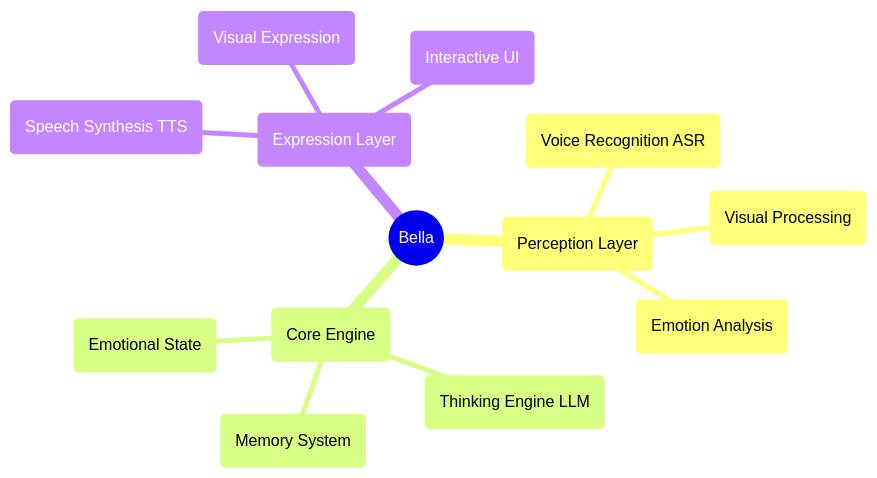
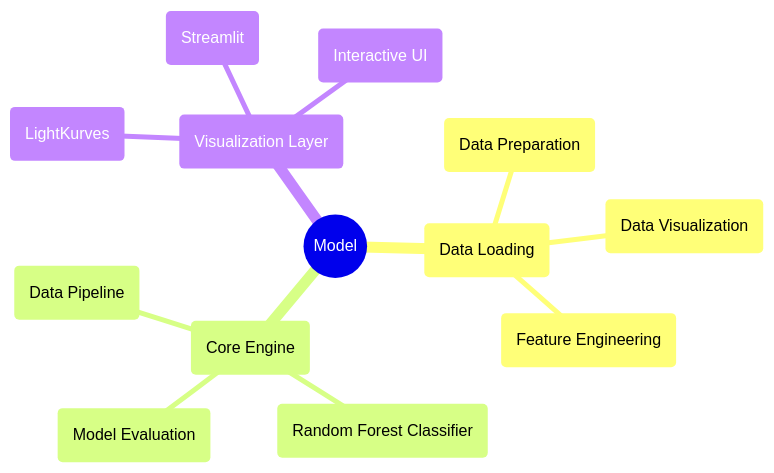
The diagram in README.md (Rayz4010/exoplanet-prediction), drawn with Mermaid before and after one commit.

````diff
--- a/README.md
+++ b/README.md
@@ -91,16 +91,16 @@
 ```mermaid
 mindmap
-  root((Bella))
-    (Perception Layer)
-      (Voice Recognition ASR)
-      (Visual Processing)
-      (Emotion Analysis)
+  root((Model))
+    (Data Loading)
+      (Data Preparation)
+      (Data Visualization)
+      (Feature Engineering)
     (Core Engine)
-      (Thinking Engine LLM)
-      (Memory System)
-      (Emotional State)
-    (Expression Layer)
-      (Speech Synthesis TTS)
-      (Visual Expression)
+      (Data Pipeline)
+      (Random Forest Classifier)
+      (Model Evaluation)
+    (Visualization Layer)
+      (LightKurves)
+      (Streamlit)
       (Interactive UI)
 ```
````
